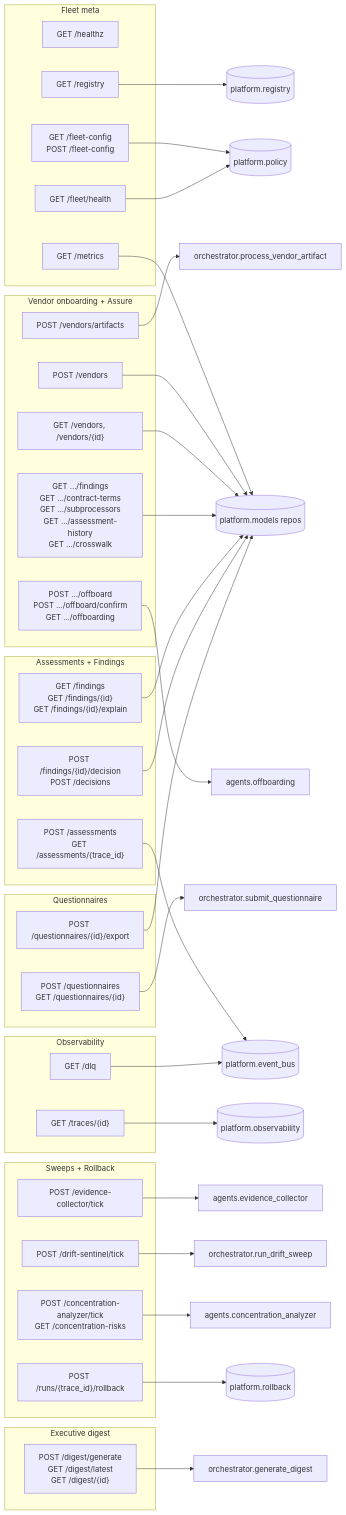
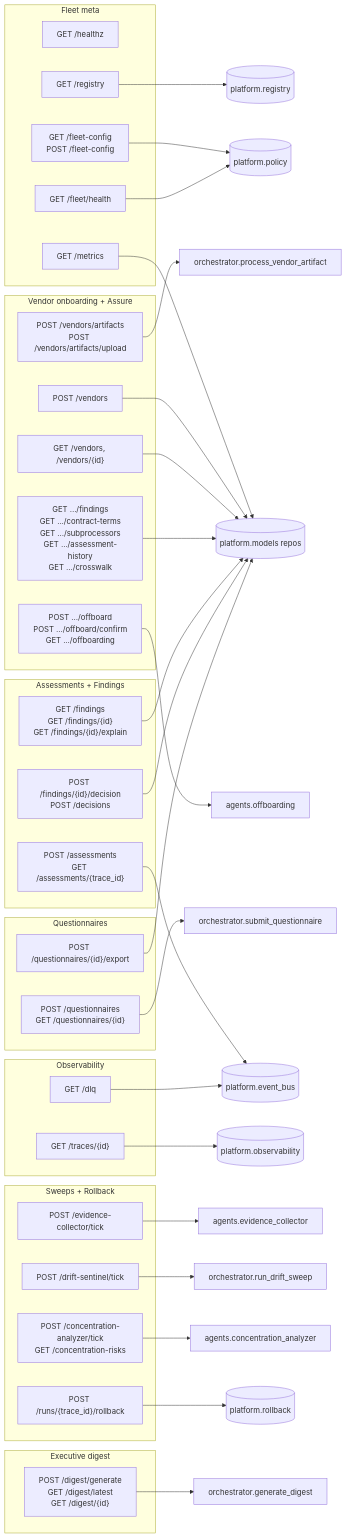
The fifth of 26 diagrams in docs/DIAGRAMS.md (akashtalole/BULWARK-Agents), drawn with Mermaid before and after one commit. The commit also changed 22 other files, not shown here.

````diff
--- a/docs/DIAGRAMS.md
+++ b/docs/DIAGRAMS.md
@@ -356,58 +356,58 @@
 ```mermaid
 flowchart LR
     subgraph Fleet["Fleet meta"]
         R1["GET /healthz"]
         R2["GET /registry"]
         R3["GET /fleet-config\nPOST /fleet-config"]
         R4["GET /fleet/health"]
         R5["GET /metrics"]
     end
     subgraph Vendors["Vendor onboarding + Assure"]
         R6["POST /vendors"]
-        R7["POST /vendors/artifacts"]
+        R7["POST /vendors/artifacts\nPOST /vendors/artifacts/upload"]
         R8["GET /vendors, /vendors/{id}"]
         R9["GET .../findings\nGET .../contract-terms\nGET .../subprocessors\nGET .../assessment-history\nGET .../crosswalk"]
         R9b["POST .../offboard\nPOST .../offboard/confirm\nGET .../offboarding"]
     end
     subgraph Assess["Assessments + Findings"]
         R10["POST /assessments\nGET /assessments/{trace_id}"]
         R11["GET /findings\nGET /findings/{id}\nGET /findings/{id}/explain"]
         R12["POST /findings/{id}/decision\nPOST /decisions"]
     end
     subgraph Quest["Questionnaires"]
         R13["POST /questionnaires\nGET /questionnaires/{id}"]
         R14["POST /questionnaires/{id}/export"]
     end
     subgraph Sweeps["Sweeps + Rollback"]
         R15["POST /evidence-collector/tick"]
         R16["POST /drift-sentinel/tick"]
         R17["POST /concentration-analyzer/tick\nGET /concentration-risks"]
         R18["POST /runs/{trace_id}/rollback"]
     end
     subgraph Obs["Observability"]
         R19["GET /traces/{id}"]
         R20["GET /dlq"]
     end
     subgraph Digest["Executive digest"]
         R21["POST /digest/generate\nGET /digest/latest\nGET /digest/{id}"]
     end
 
     R2 --> REG[("platform.registry")]
     R3 --> POL[("platform.policy")]
     R4 --> POL
     R5 --> MODELS[("platform.models repos")]
     R6 & R8 & R9 --> MODELS
     R7 --> ORCH["orchestrator.process_vendor_artifact"]
     R9b --> OFF["agents.offboarding"]
     R10 --> BUS[("platform.event_bus")]
     R11 & R12 --> MODELS
     R13 --> ORCH2["orchestrator.submit_questionnaire"]
     R14 --> MODELS
     R15 --> EC["agents.evidence_collector"]
     R16 --> ORCH3["orchestrator.run_drift_sweep"]
     R17 --> CA["agents.concentration_analyzer"]
     R18 --> RB[("platform.rollback")]
     R19 --> AL[("platform.observability")]
     R20 --> BUS
     R21 --> ORCH4["orchestrator.generate_digest"]
 ```
````
